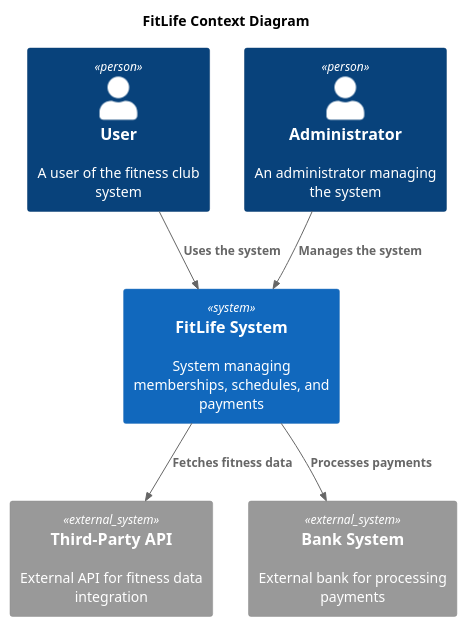
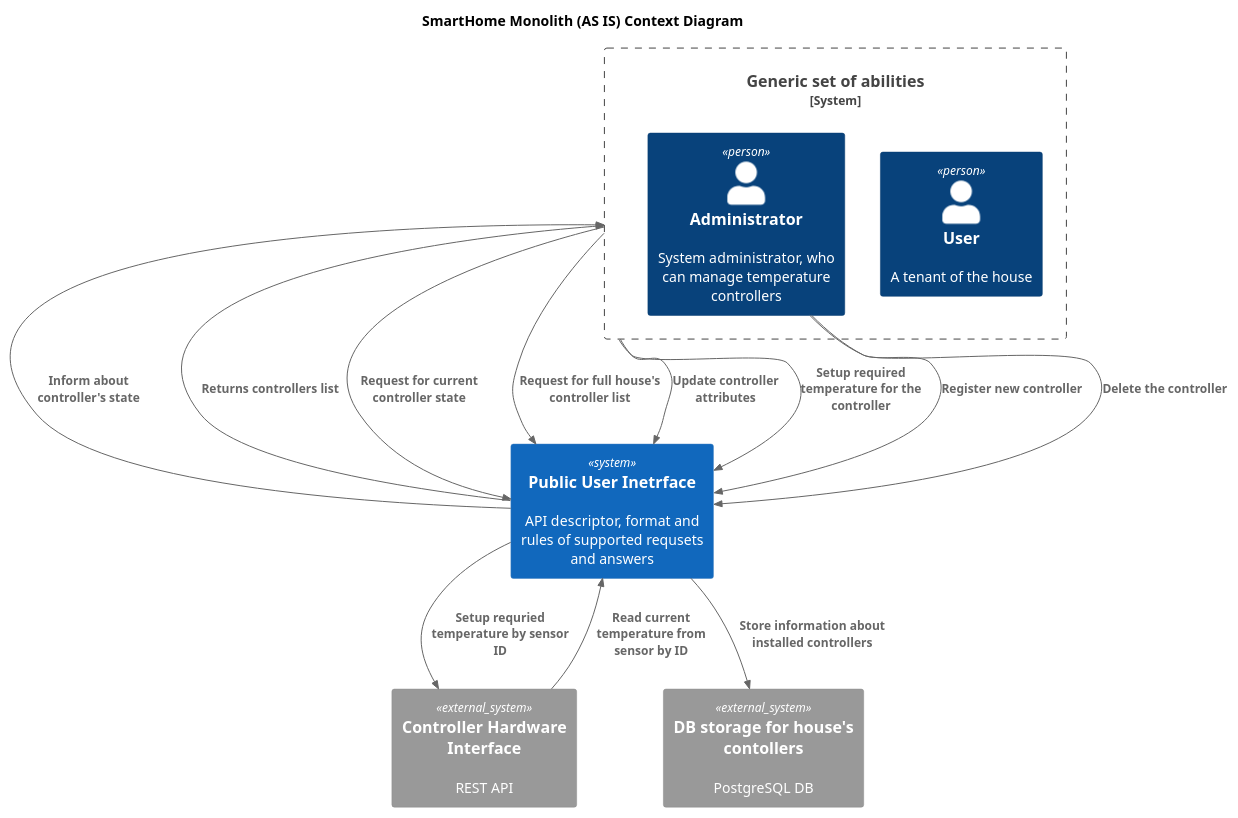
Before and after one commit to vnikiforov/YaEdu: the diagram in apps/smart_home/docs/diagrams/main_context.puml, drawn with PlantUML. The commit also changed 5 other files, not shown here.

Commit message:
Добавлен сценарий рабочего потока для CI в github. Добавлены файлы-заготовки для C4-диаграмм планируемого приложения.

```diff
--- a/apps/smart_home/docs/diagrams/main_context.puml
+++ b/apps/smart_home/docs/diagrams/main_context.puml
@@ -1,20 +1,33 @@
 @startuml
-title FitLife Context Diagram
+title SmartHome Monolith (AS IS) Context Diagram
 
 top to bottom direction
 
 !includeurl c4tpl/C4_Component.puml
 
-Person(user, "User", "A user of the fitness club system")
-Person(admin, "Administrator", "An administrator managing the system")
-System(FitLifeSystem, "FitLife System", "System managing memberships, schedules, and payments")
+System_Boundary(generic_commands, "Generic set of abilities") {
+    Person(user, "User", "A tenant of the house")
+    Person(admin, "Administrator", "System administrator, who can manage temperature controllers")
+}
 
-System_Ext(api, "Third-Party API", "External API for fitness data integration")
-System_Ext(bank, "Bank System", "External bank for processing payments")
+System(UserCommunicator, "Public User Inetrface", "API descriptor, format and rules of supported requsets and answers")
 
-Rel(user, FitLifeSystem, "Uses the system")
-Rel(admin,FitLifeSystem,"Manages the system")
-Rel(FitLifeSystem,api,"Fetches fitness data")
-Rel(FitLifeSystem,bank,"Processes payments")
+Rel(generic_commands,  UserCommunicator, "Request for current controller state")
+Rel(generic_commands,  UserCommunicator, "Request for full house's controller list")
+Rel(generic_commands,  UserCommunicator, "Update controller attributes")
+Rel(generic_commands,  UserCommunicator, "Setup required temperature for the controller")
+Rel(UserCommunicator, generic_commands, "Inform about controller's state")
+Rel(UserCommunicator, generic_commands, "Returns controllers list")
+Rel(admin, UserCommunicator, "Register new controller")
+Rel(admin, UserCommunicator, "Delete the controller")
+
+System_Ext(hw_api, "Controller Hardware Interface", "REST API")
+System_Ext(data_storage, "DB storage for house's contollers", "PostgreSQL DB")
+
+Rel(UserCommunicator, data_storage, "Store information about installed controllers")
+
+Rel(UserCommunicator, hw_api, "Setup requried temperature by sensor ID")
+Rel(hw_api, UserCommunicator, "Read current temperature from sensor by ID")
+
 
 @enduml
```
